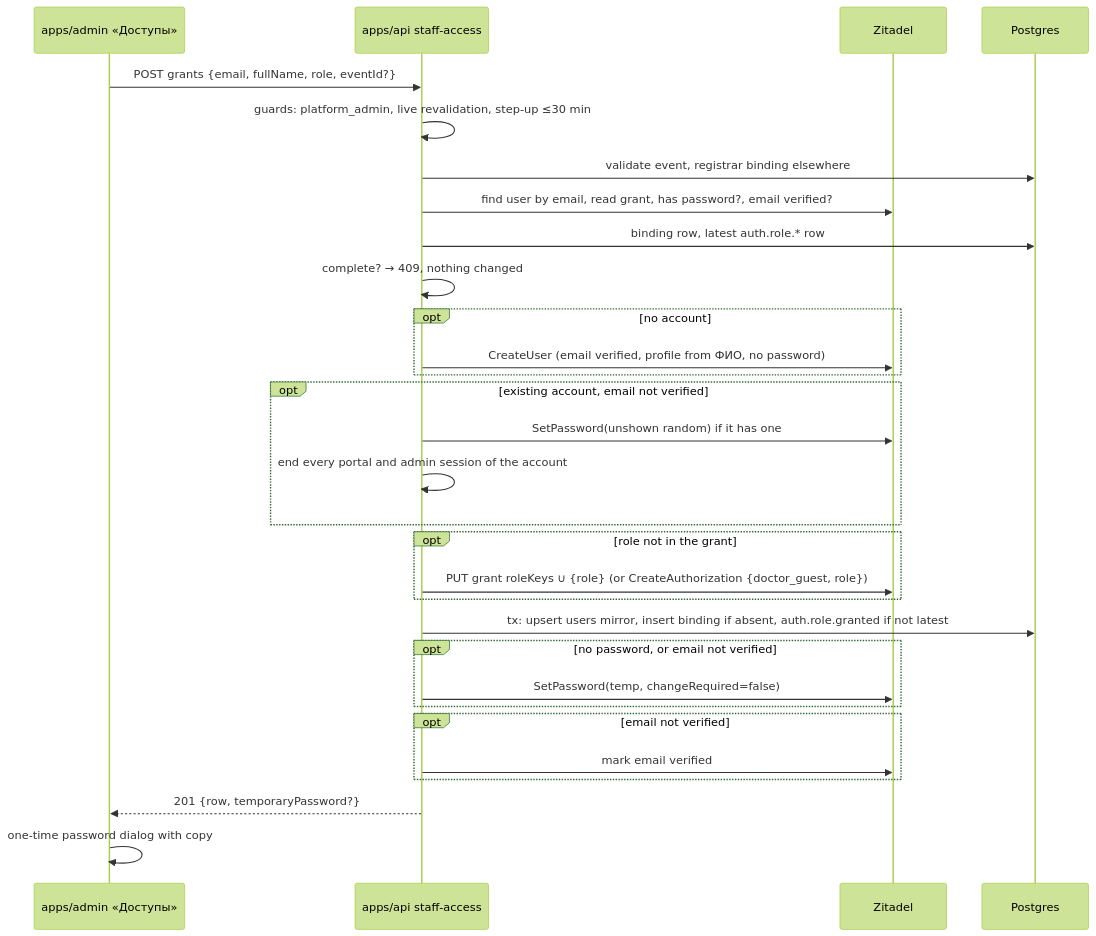
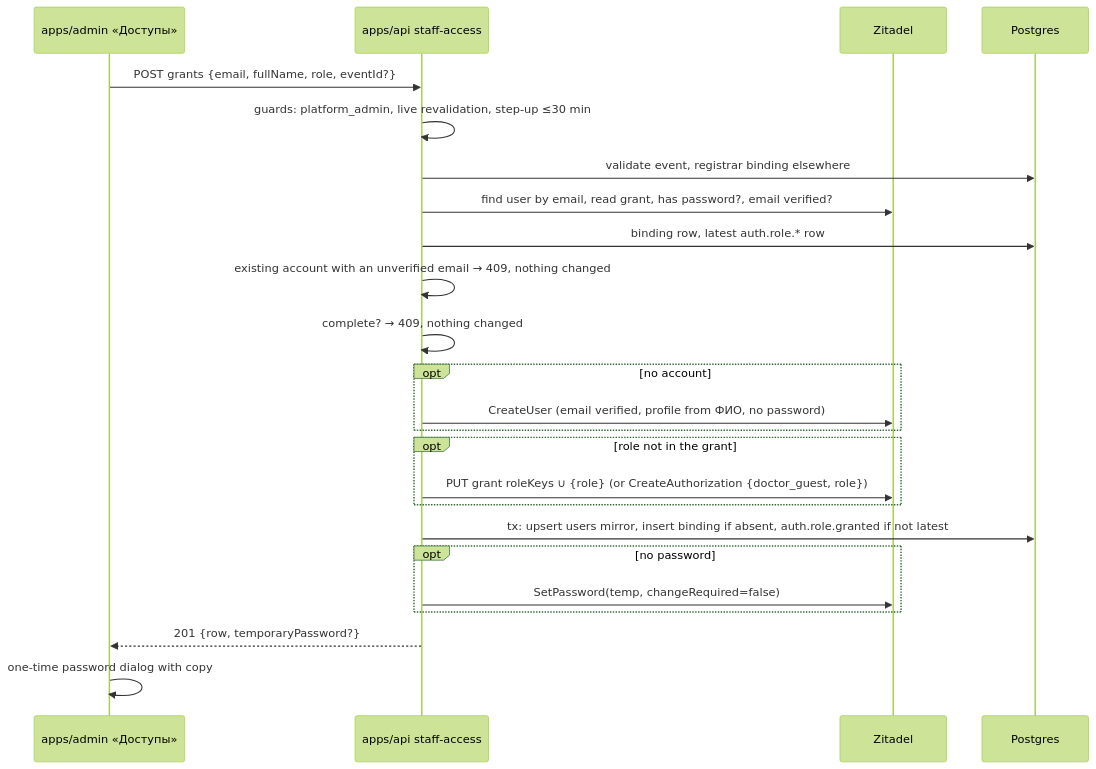
One commit to doctor-school/ds-platform changed the diagram in apps/docs/content/specs/features/047-staff-access/047-design.md. Above: the diagram before and after it, drawn with Mermaid (forest theme). The commit also changed other lines of this file and 8 other files, not shown here.

````diff
--- a/apps/docs/content/specs/features/047-staff-access/047-design.md
+++ b/apps/docs/content/specs/features/047-staff-access/047-design.md
@@ -54,32 +54,26 @@
 ```mermaid
 sequenceDiagram
     participant UI as apps/admin «Доступы»
     participant API as apps/api staff-access
     participant IdP as Zitadel
     participant DB as Postgres
     UI->>API: POST grants {email, fullName, role, eventId?}
     API->>API: guards: platform_admin, live revalidation, step-up ≤30 min
     API->>DB: validate event, registrar binding elsewhere
     API->>IdP: find user by email, read grant, has password?, email verified?
     API->>DB: binding row, latest auth.role.* row
+    API->>API: existing account with an unverified email → 409, nothing changed
     API->>API: complete? → 409, nothing changed
     opt no account
         API->>IdP: CreateUser (email verified, profile from ФИО, no password)
-    end
-    opt existing account, email not verified
-        API->>IdP: SetPassword(unshown random) if it has one
-        API->>API: end every portal and admin session of the account
     end
     opt role not in the grant
         API->>IdP: PUT grant roleKeys ∪ {role} (or CreateAuthorization {doctor_guest, role})
     end
     API->>DB: tx: upsert users mirror, insert binding if absent, auth.role.granted if not latest
-    opt no password, or email not verified
+    opt no password
         API->>IdP: SetPassword(temp, changeRequired=false)
-    end
-    opt email not verified
-        API->>IdP: mark email verified
     end
     API-->>UI: 201 {row, temporaryPassword?}
     UI->>UI: one-time password dialog with copy
 ```
````
